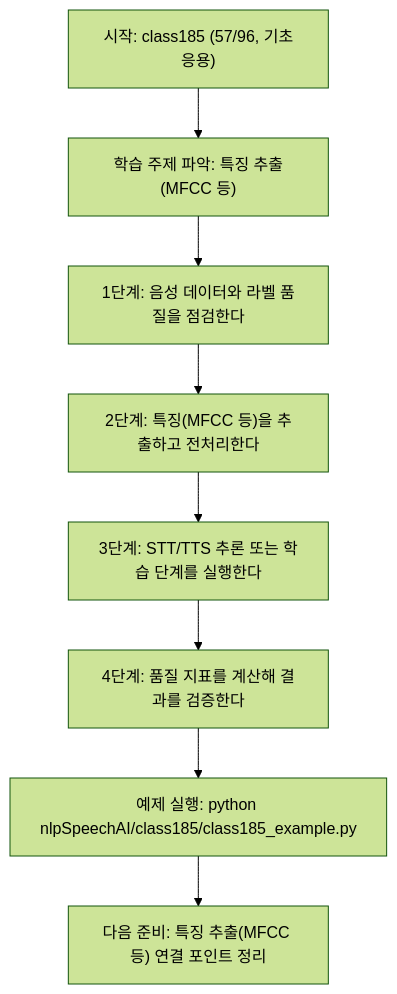
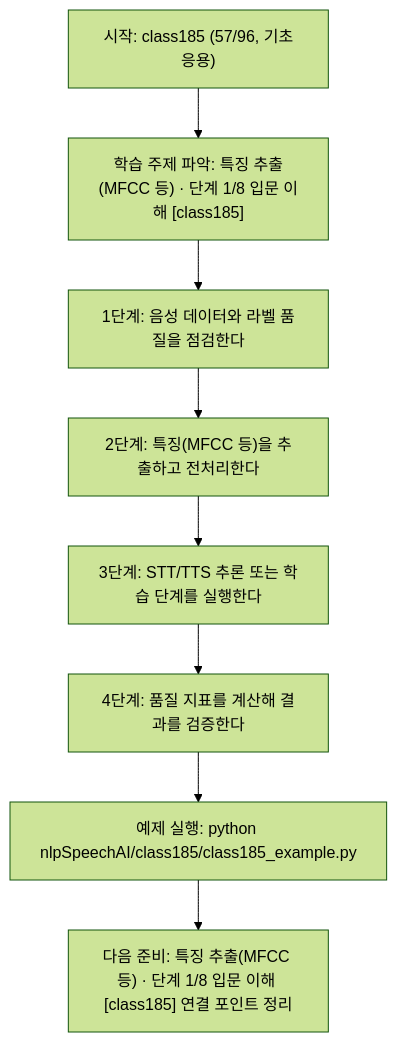
Before and after one commit to edumgt/Python-AI_Agent-Class: the diagram in nlpSpeechAI/class185/class185.md, drawn with Mermaid (forest theme). The commit also changed other lines of this file and 522 other files, not shown here.

````diff
--- a/nlpSpeechAI/class185/class185.md
+++ b/nlpSpeechAI/class185/class185.md
@@ -113,18 +114,18 @@
 ```mermaid
 flowchart TD
 N1["시작: class185 (57/96, 기초응용)"]
-N2["학습 주제 파악: 특징 추출(MFCC 등)"]
+N2["학습 주제 파악: 특징 추출(MFCC 등) · 단계 1/8 입문 이해 [class185]"]
 N3["1단계: 음성 데이터와 라벨 품질을 점검한다"]
 N4["2단계: 특징(MFCC 등)을 추출하고 전처리한다"]
 N5["3단계: STT/TTS 추론 또는 학습 단계를 실행한다"]
 N6["4단계: 품질 지표를 계산해 결과를 검증한다"]
 N7["예제 실행: python nlpSpeechAI/class185/class185_example.py"]
-N8["다음 준비: 특징 추출(MFCC 등) 연결 포인트 정리"]
+N8["다음 준비: 특징 추출(MFCC 등) · 단계 1/8 입문 이해 [class185] 연결 포인트 정리"]
 N1 --> N2
 N2 --> N3
 N3 --> N4
 N4 --> N5
 N5 --> N6
 N6 --> N7
 N7 --> N8
 ```
````
